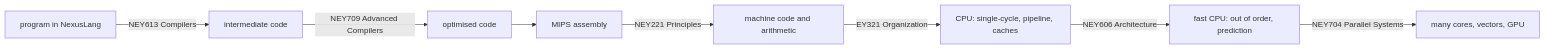
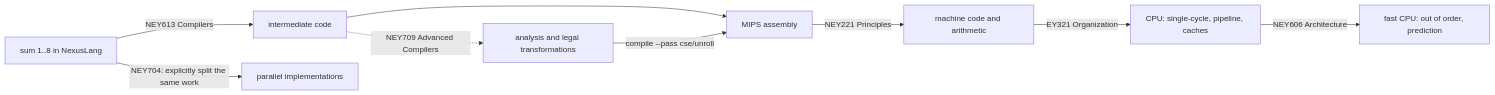
Before and after one commit to gdtsitlauri/nexus-platform: the diagram in README.md, drawn with Mermaid. The commit also changed other lines of this file and 54 other files, not shown here.

````diff
--- a/README.md
+++ b/README.md
@@ -27,10 +36,11 @@
 ```mermaid
 flowchart LR
-  A[program in NexusLang] -->|NEY613 Compilers| B[intermediate code]
-  B -->|NEY709 Advanced Compilers| C[optimised code]
-  C --> D[MIPS assembly]
+  A[sum 1..8 in NexusLang] -->|NEY613 Compilers| B[intermediate code]
+  B -.->|NEY709 Advanced Compilers| C[analysis and legal transformations]
+  B --> D[MIPS assembly]
+  C -->|compile --pass cse/unroll| D
   D -->|NEY221 Principles| E[machine code and arithmetic]
   E -->|EY321 Organization| F[CPU: single-cycle, pipeline, caches]
   F -->|NEY606 Architecture| G[fast CPU: out of order, prediction]
-  G -->|NEY704 Parallel Systems| H[many cores, vectors, GPU]
+  A -->|NEY704: explicitly split the same work| H[parallel implementations]
 ```
````
